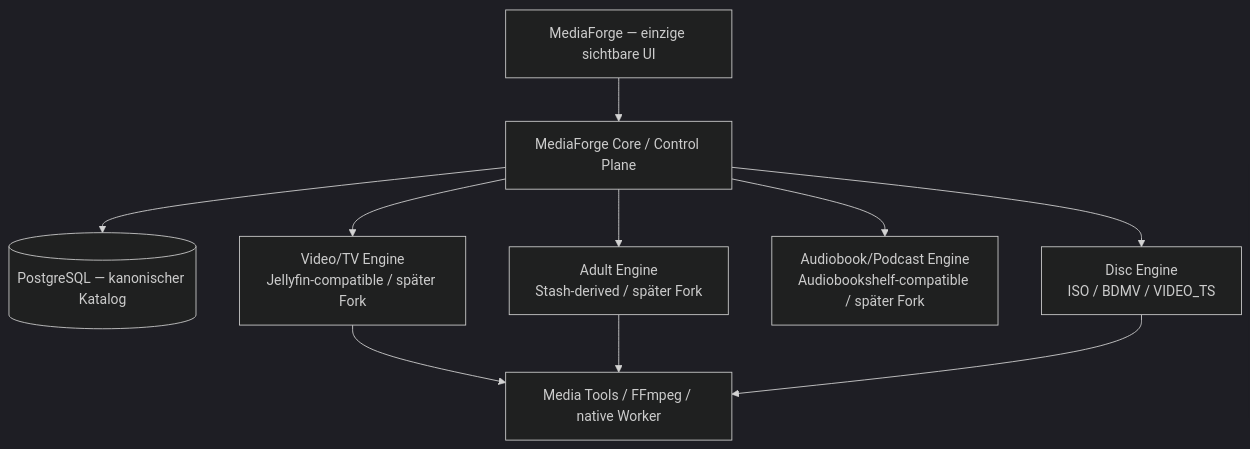
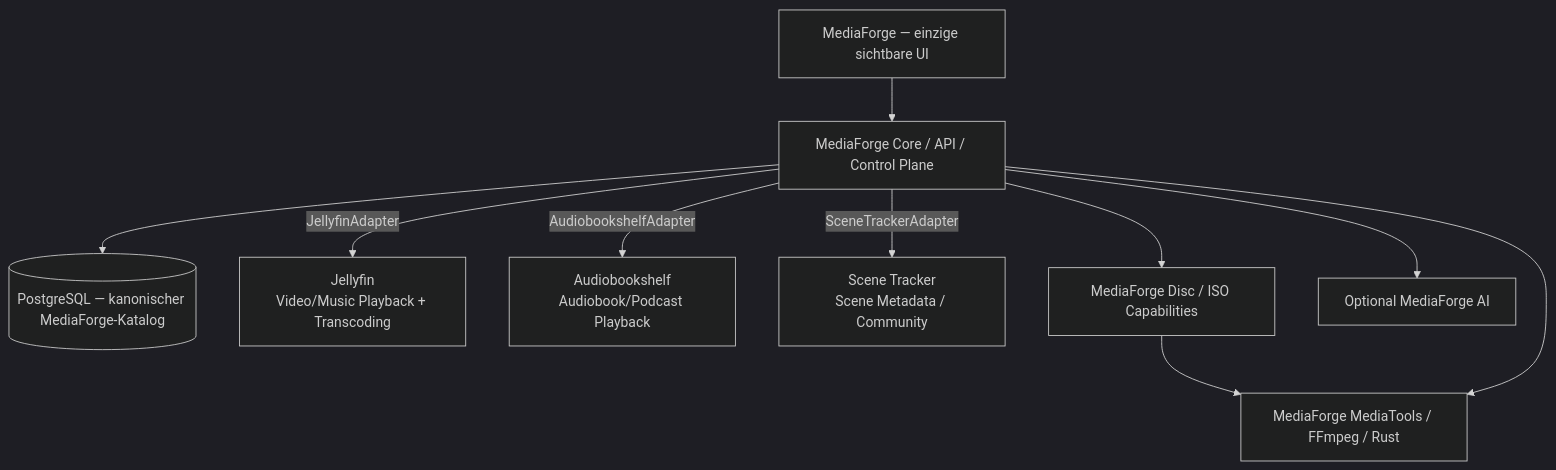
One commit to MediaForge-org/MediaForge changed the first of 2 diagrams in docs/MediaForge/MediaForge_Master_Engineering.md. Above: the diagram before and after it, drawn with Mermaid (dark theme). The commit also changed other lines of this file and 106 other files, not shown here.

Commit message:
docs(architecture): adopt adapter-first service model

````diff
--- a/docs/MediaForge/MediaForge_Master_Engineering.md
+++ b/docs/MediaForge/MediaForge_Master_Engineering.md
@@ -32,21 +32,25 @@
 ```mermaid
 flowchart TB
     UI["MediaForge — einzige sichtbare UI"]
-    CORE["MediaForge Core / Control Plane"]
-    PG[("PostgreSQL — kanonischer Katalog")]
-    VIDEO["Video/TV Engine\nJellyfin-compatible / später Fork"]
-    ADULT["Adult Engine\nStash-derived / später Fork"]
-    AUDIO["Audiobook/Podcast Engine\nAudiobookshelf-compatible / später Fork"]
-    DISC["Disc Engine\nISO / BDMV / VIDEO_TS"]
-    TOOLS["Media Tools / FFmpeg / native Worker"]
+    CORE["MediaForge Core / API / Control Plane"]
+    PG[("PostgreSQL — kanonischer MediaForge-Katalog")]
+    JF["Jellyfin
+Video/Music Playback + Transcoding"]
+    ABS["Audiobookshelf
+Audiobook/Podcast Playback"]
+    ST["Scene Tracker
+Scene Metadata / Community"]
+    DISC["MediaForge Disc / ISO Capabilities"]
+    TOOLS["MediaForge MediaTools / FFmpeg / Rust"]
+    AI["Optional MediaForge AI"]
 
     UI --> CORE
     CORE --> PG
-    CORE --> VIDEO
-    CORE --> ADULT
-    CORE --> AUDIO
+    CORE -->|JellyfinAdapter| JF
+    CORE -->|AudiobookshelfAdapter| ABS
+    CORE -->|SceneTrackerAdapter| ST
     CORE --> DISC
-    VIDEO --> TOOLS
-    ADULT --> TOOLS
     DISC --> TOOLS
+    CORE --> TOOLS
+    CORE --> AI
 ```
````
